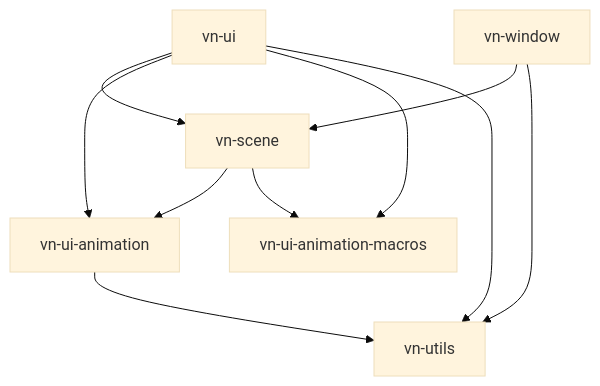
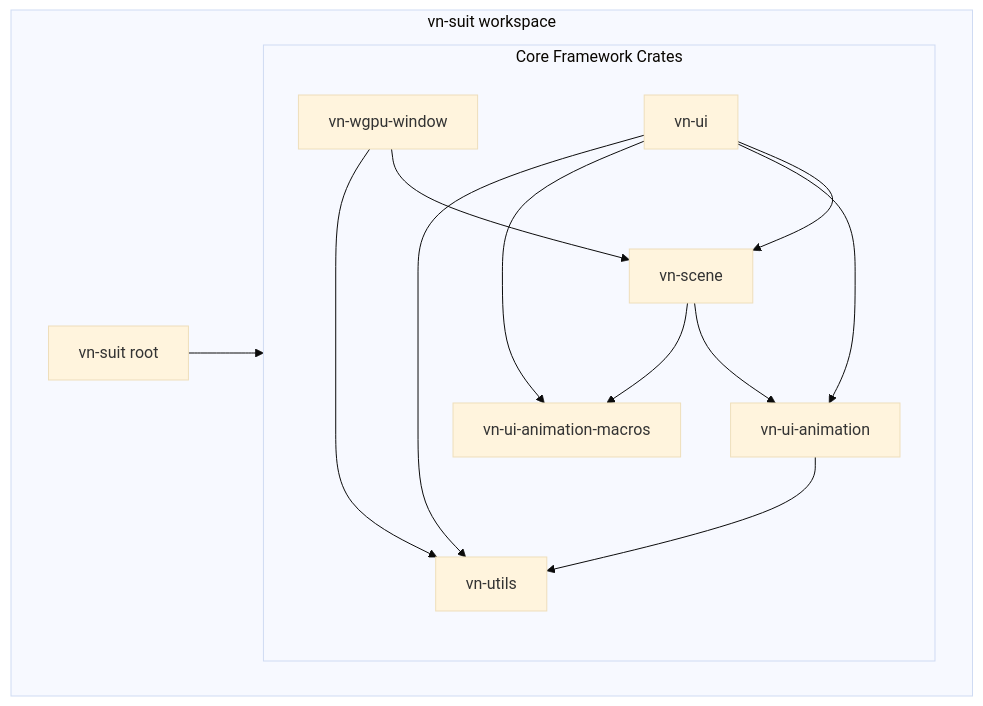
Before and after one commit to VoidedName/mono-repo: the diagram in readme.asciidoc, drawn with Mermaid (base theme). The commit also changed other lines of this file and 89 other files, not shown here.

```diff
--- a/readme.asciidoc
+++ b/readme.asciidoc
@@ -51,23 +22,31 @@
 [mermaid]
 ----
 graph TD
-    vn-ui[vn-ui]
-    vn-window[vn-window]
-    vn-scene[vn-scene]
-    vn-ui-animation[vn-ui-animation]
-    vn-ui-animation-macros[vn-ui-animation-macros]
-    vn-utils[vn-utils]
+    subgraph RootWorkspace [vn-suit workspace]
+        Root[vn-suit root]
+        
+        subgraph Core [Core Framework Crates]
+            vn-wgpu-window[vn-wgpu-window]
+            vn-scene[vn-scene]
+            vn-ui[vn-ui]
+            vn-ui-animation[vn-ui-animation]
+            vn-ui-animation-macros[vn-ui-animation-macros]
+            vn-utils[vn-utils]
 
-    vn-ui --> vn-scene
-    vn-ui --> vn-ui-animation
-    vn-ui --> vn-ui-animation-macros
-    vn-ui --> vn-utils
+            vn-ui --> vn-scene
+            vn-ui --> vn-ui-animation
+            vn-ui --> vn-ui-animation-macros
+            vn-ui --> vn-utils
 
-    vn-window --> vn-scene
-    vn-window --> vn-utils
+            vn-wgpu-window --> vn-scene
+            vn-wgpu-window --> vn-utils
 
-    vn-scene --> vn-ui-animation
-    vn-scene --> vn-ui-animation-macros
+            vn-scene --> vn-ui-animation
+            vn-scene --> vn-ui-animation-macros
 
-    vn-ui-animation --> vn-utils
+            vn-ui-animation --> vn-utils
+        end
+    end
+    
+    Root --> Core
 ----
```
